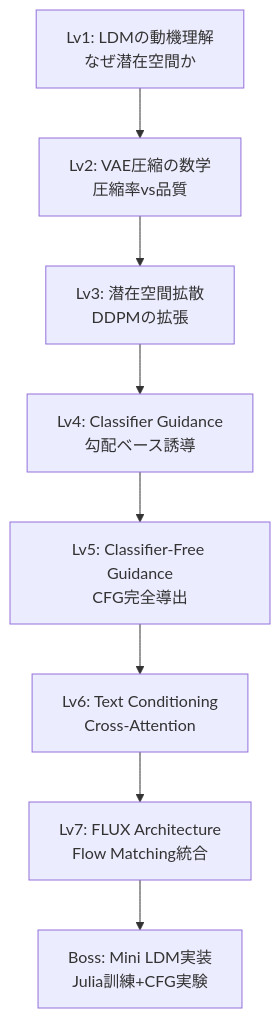
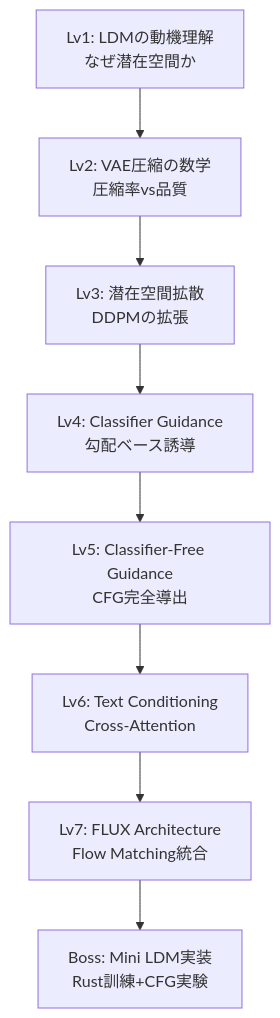
The fourth of 8 diagrams in articles/ml-lecture-39-part1.md (fumishiki/zenn), drawn with Mermaid before and after one commit. The commit also changed other lines of this file and 97 other files, not shown here.

````diff
--- a/articles/ml-lecture-39-part1.md
+++ b/articles/ml-lecture-39-part1.md
@@ -257,10 +255,10 @@
 ```mermaid
 graph TD
     A[Lv1: LDMの動機理解<br>なぜ潜在空間か] --> B[Lv2: VAE圧縮の数学<br>圧縮率vs品質]
     B --> C[Lv3: 潜在空間拡散<br>DDPMの拡張]
     C --> D[Lv4: Classifier Guidance<br>勾配ベース誘導]
     D --> E[Lv5: Classifier-Free Guidance<br>CFG完全導出]
     E --> F[Lv6: Text Conditioning<br>Cross-Attention]
     F --> G[Lv7: FLUX Architecture<br>Flow Matching統合]
-    G --> H[Boss: Mini LDM実装<br>Julia訓練+CFG実験]
+    G --> H[Boss: Mini LDM実装<br>Rust訓練+CFG実験]
 ```
````
